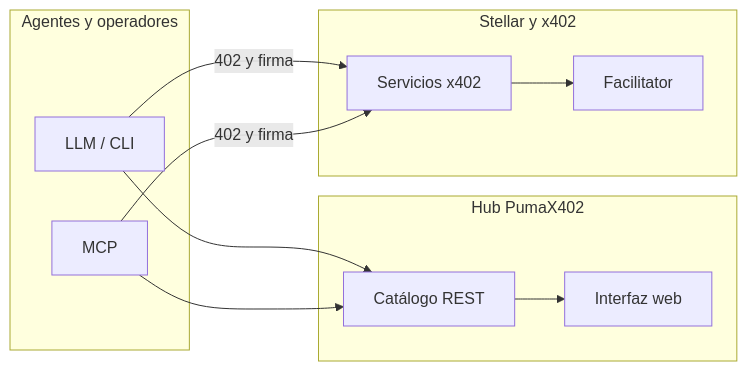
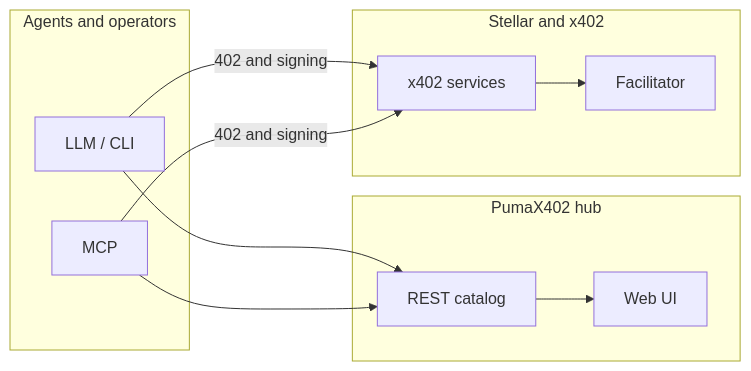
One commit to MarxMad/Agenticx402 changed the diagram in README.md. Above: the diagram before and after it, drawn with Mermaid. The commit also changed other lines of this file, not shown here.

````diff
--- a/README.md
+++ b/README.md
@@ -41,24 +41,24 @@
 ```mermaid
 flowchart LR
-  subgraph agents [Agentes y operadores]
+  subgraph agents [Agents and operators]
     LLM[LLM / CLI]
     MCP[MCP]
   end
 
-  subgraph hub [Hub PumaX402]
-    CAT[Catálogo REST]
-    UI[Interfaz web]
+  subgraph hub [PumaX402 hub]
+    CAT[REST catalog]
+    UI[Web UI]
   end
 
-  subgraph stellar [Stellar y x402]
-    SVC[Servicios x402]
+  subgraph stellar [Stellar and x402]
+    SVC[x402 services]
     FAC[Facilitator]
   end
 
   LLM --> CAT
   MCP --> CAT
-  LLM -->|402 y firma| SVC
-  MCP -->|402 y firma| SVC
+  LLM -->|402 and signing| SVC
+  MCP -->|402 and signing| SVC
   CAT --> UI
   SVC --> FAC
 ```
````
